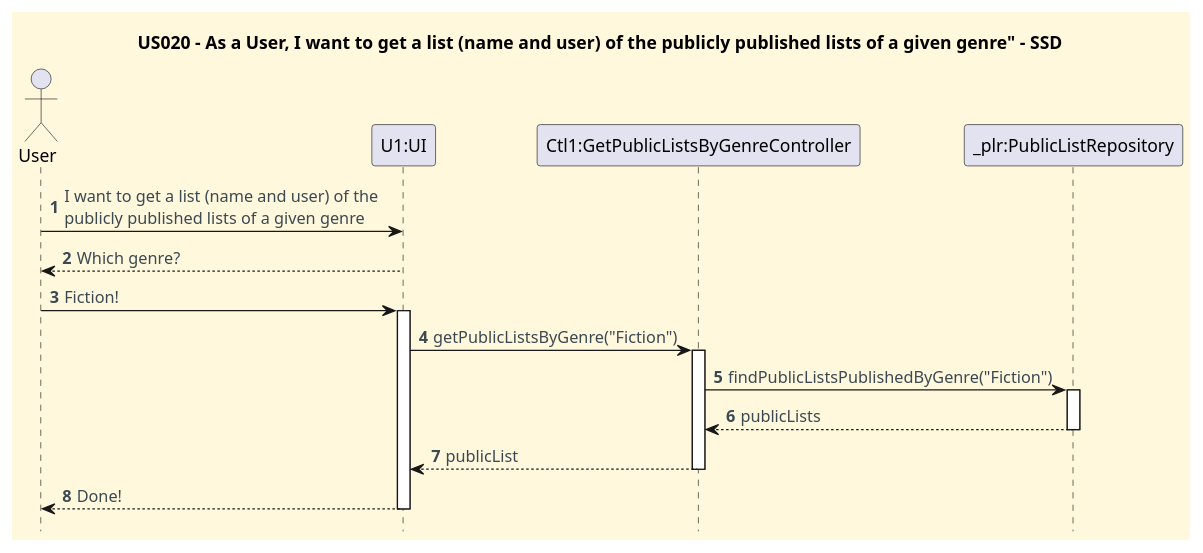
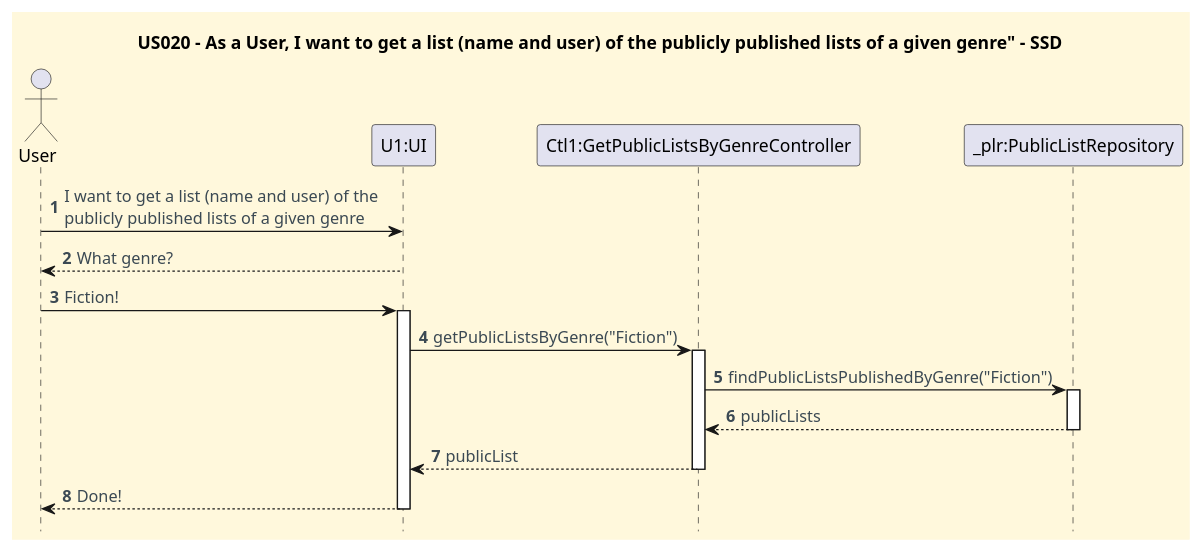
Before and after one commit to CarolinaLeite-collab/JavaMarketplacePlatform: the diagram in docs/userStories/US020/US020_get_a_list_given_genres_SD.puml, drawn with PlantUML. The commit also changed 1 other file, not shown here.

Commit message:
Resolves #131: Create the System Sequence Diagram (SSD) and Sequence Diagram (SD) for US020.

```diff
--- a/docs/userStories/US020/US020_get_a_list_given_genres_SD.puml
+++ b/docs/userStories/US020/US020_get_a_list_given_genres_SD.puml
@@ -1,43 +1,43 @@
 @startuml
 title US020 - As a User, I want to get a list (name and user) of the publicly published lists of a given genre" - SSD
               hidefootbox
 
 '==== basic style ====
 skinparam monochrome false
 skinparam shadowing false
 skinparam defaultFontName Futura
 skinparam objectFontSize 20
 skinparam backgroundColor CornSilk
 skinparam objectBackgroundColor WhiteSmoke
 skinparam noteBackgroundColor #FFFFE0
 skinparam ArrowFontColor #3B4953
 skinparam ActivationBackgroundColor black
 
 autonumber
 autoactivate off
 
 actor User
 
 User -> "U1:UI": I want to get a list (name and user) of the \npublicly published lists of a given genre
-"U1:UI" --> User: Which genre?
+"U1:UI" --> User: What genre?
 
 User -> "U1:UI": Fiction!
 activate "U1:UI"
 
 "U1:UI" -> "Ctl1:GetPublicListsByGenreController": getPublicListsByGenre("Fiction")
 activate "Ctl1:GetPublicListsByGenreController"
 
 "Ctl1:GetPublicListsByGenreController" -> "_plr:PublicListRepository": findPublicListsPublishedByGenre("Fiction")
 activate "_plr:PublicListRepository"
 "_plr:PublicListRepository" --> "Ctl1:GetPublicListsByGenreController": publicLists
 deactivate "_plr:PublicListRepository"
 
 '"Ctl1:GetPublicListsByGenreController" -> "Ctl1:GetPublicListsByGenreController": mapToSummaries(publicLists)
 "Ctl1:GetPublicListsByGenreController" --> "U1:UI": publicList
 deactivate "Ctl1:GetPublicListsByGenreController"
 
 
 "U1:UI" --> User: Done!
 deactivate "U1:UI"
 
 @enduml
```
